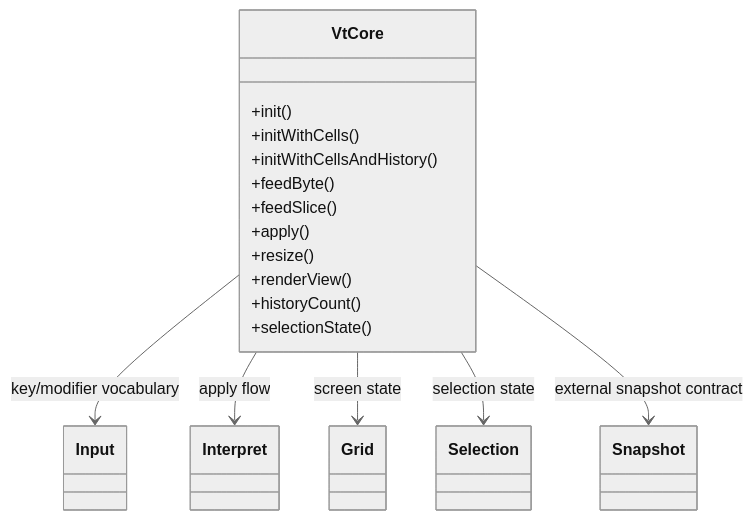
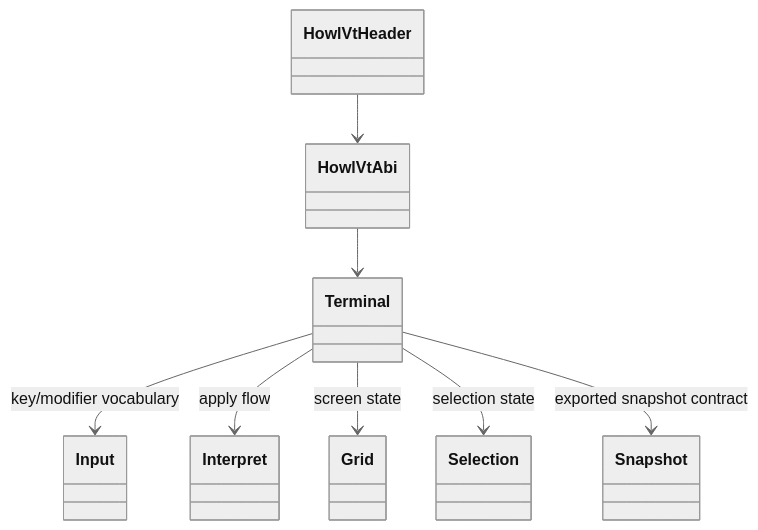
Before and after one commit to LaurenceGuws/howl-vt: the first of 4 diagrams in design.md, drawn with Mermaid (neutral theme). The commit also changed other lines of this file and 26 other files, not shown here.

````diff
--- a/design.md
+++ b/design.md
@@ -20,26 +17,19 @@
 ```mermaid
 classDiagram
-    class VtCore {
-      +init()
-      +initWithCells()
-      +initWithCellsAndHistory()
-      +feedByte()
-      +feedSlice()
-      +apply()
-      +resize()
-      +renderView()
-      +historyCount()
-      +selectionState()
-    }
+    class HowlVtHeader
+    class HowlVtAbi
+    class Terminal
     class Input
     class Interpret
     class Grid
     class Selection
     class Snapshot
 
-    VtCore --> Input : key/modifier vocabulary
-    VtCore --> Interpret : apply flow
-    VtCore --> Grid : screen state
-    VtCore --> Selection : selection state
-    VtCore --> Snapshot : external snapshot contract
+    HowlVtHeader --> HowlVtAbi
+    HowlVtAbi --> Terminal
+    Terminal --> Input : key/modifier vocabulary
+    Terminal --> Interpret : apply flow
+    Terminal --> Grid : screen state
+    Terminal --> Selection : selection state
+    Terminal --> Snapshot : exported snapshot contract
 ```
````
